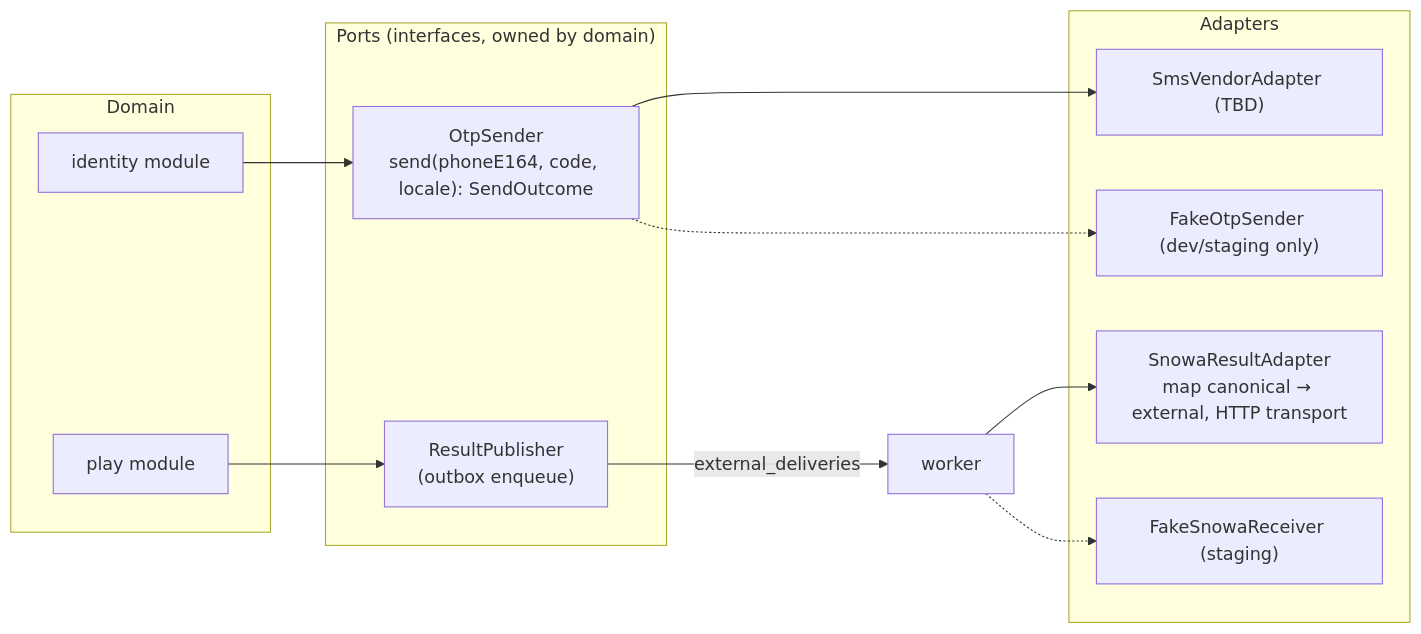
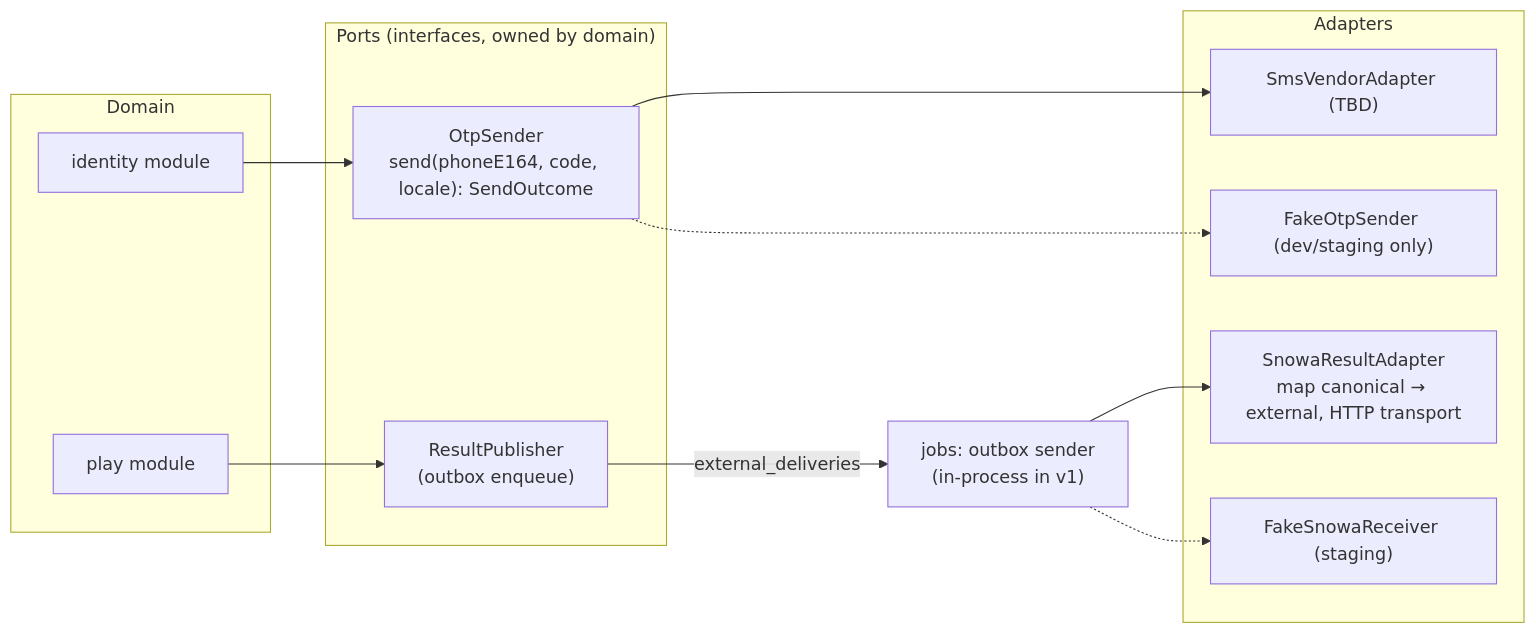
Before and after one commit to osameh15/Snowa-Exhibition-Game: the first of 2 diagrams in docs/01-architecture/08-integration-architecture.md, drawn with Mermaid. The commit also changed other lines of this file and 61 other files, not shown here.

First line of the commit message:
docs: right-size secure exhibition architecture

````diff
--- a/docs/01-architecture/08-integration-architecture.md
+++ b/docs/01-architecture/08-integration-architecture.md
@@ -7,22 +7,22 @@
 ```mermaid
 flowchart LR
   subgraph Domain
     ID["identity module"]
     PL["play module"]
   end
   subgraph Ports["Ports (interfaces, owned by domain)"]
     OS["OtpSender<br/>send(phoneE164, code, locale): SendOutcome"]
     RS["ResultPublisher<br/>(outbox enqueue)"]
   end
   subgraph Adapters
     OA["SmsVendorAdapter (TBD)"]
     OF["FakeOtpSender (dev/staging only)"]
     SA["SnowaResultAdapter<br/>map canonical → external, HTTP transport"]
     SF["FakeSnowaReceiver (staging)"]
   end
   ID --> OS --> OA
   OS -.-> OF
   PL --> RS
-  RS -->|external_deliveries| W["worker"] --> SA
+  RS -->|external_deliveries| W["jobs: outbox sender<br/>(in-process in v1)"] --> SA
   W -.-> SF
 ```
````
